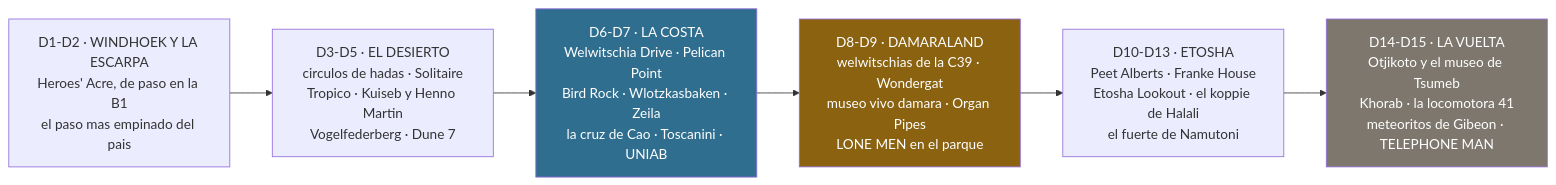
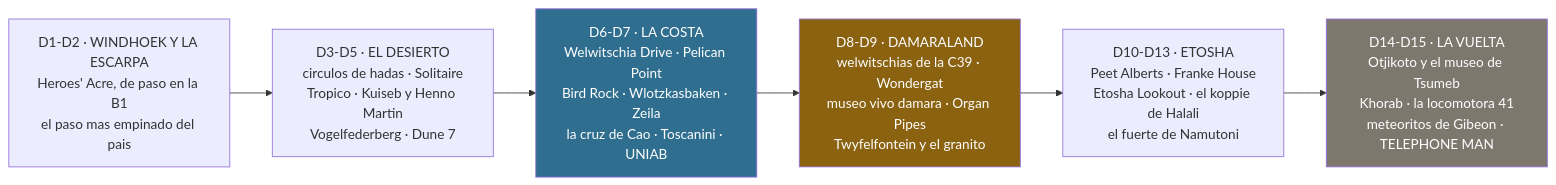
Before and after one commit to morandeirachema/namibia: the diagram in 10-joyas-ocultas.md, drawn with Mermaid. The commit also changed other lines of this file and 5 other files, not shown here.

````diff
--- a/10-joyas-ocultas.md
+++ b/10-joyas-ocultas.md
@@ -92,14 +106,14 @@
 ```mermaid
 flowchart LR
 %% ancho
     A["D1-D2 · WINDHOEK Y LA ESCARPA<br/>Heroes' Acre, de paso en la B1<br/>el paso mas empinado del pais"]
     B["D3-D5 · EL DESIERTO<br/>circulos de hadas · Solitaire<br/>Tropico · Kuiseb y Henno Martin<br/>Vogelfederberg · Dune 7"]
     C["D6-D7 · LA COSTA<br/>Welwitschia Drive · Pelican Point<br/>Bird Rock · Wlotzkasbaken · Zeila<br/>la cruz de Cao · Toscanini · UNIAB"]
-    D["D8-D9 · DAMARALAND<br/>welwitschias de la C39 · Wondergat<br/>museo vivo damara · Organ Pipes<br/>LONE MEN en el parque"]
+    D["D8-D9 · DAMARALAND<br/>welwitschias de la C39 · Wondergat<br/>museo vivo damara · Organ Pipes<br/>Twyfelfontein y el granito"]
     E["D10-D13 · ETOSHA<br/>Peet Alberts · Franke House<br/>Etosha Lookout · el koppie de Halali<br/>el fuerte de Namutoni"]
     F["D14-D15 · LA VUELTA<br/>Otjikoto y el museo de Tsumeb<br/>Khorab · la locomotora 41<br/>meteoritos de Gibeon · TELEPHONE MAN"]
     A --> B --> C --> D --> E --> F
     style C fill:#2F6E8E,color:#fff
     style D fill:#8A6210,color:#fff
     style F fill:#7D776E,color:#fff
 ```
````
